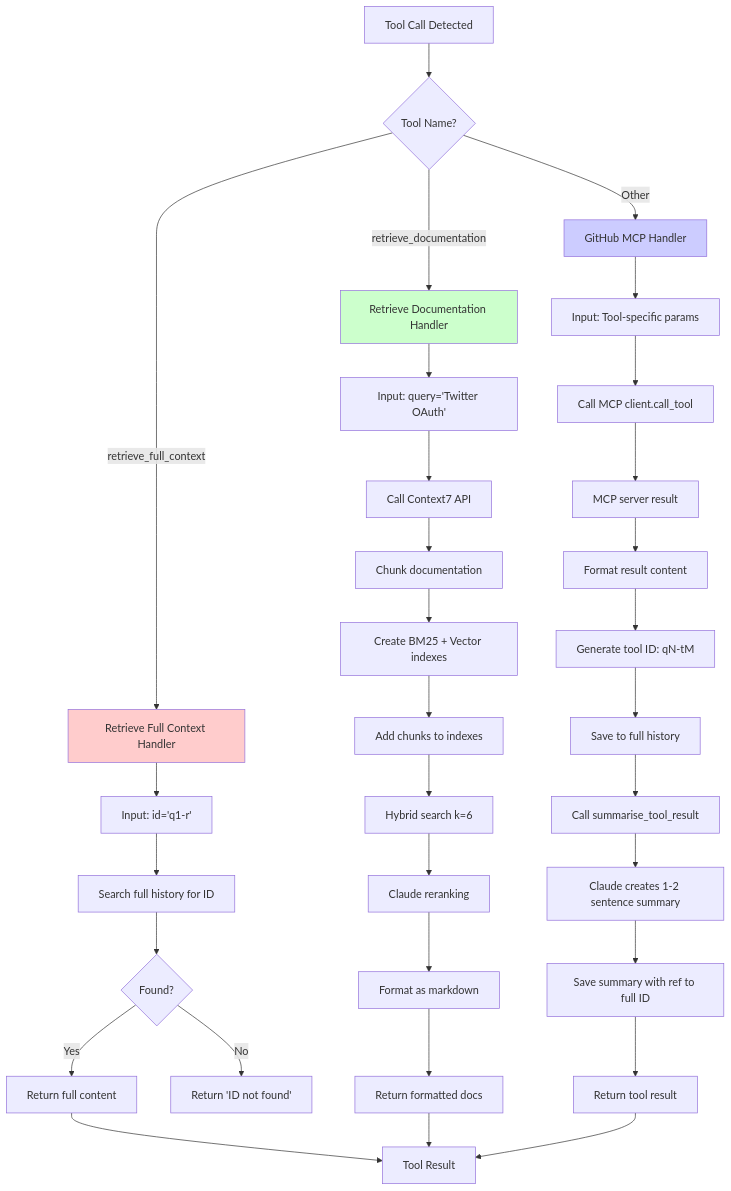
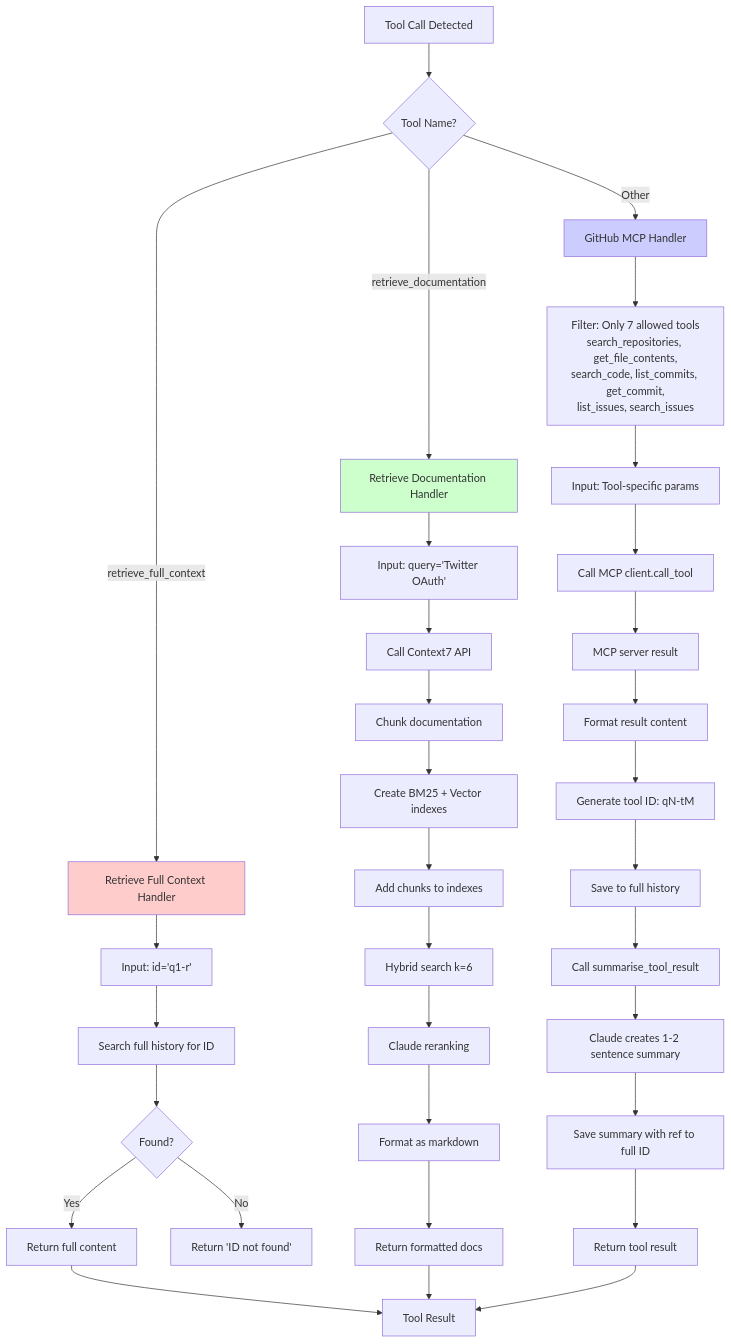
The sixth of 7 diagrams in TOOL_ORCHESTRATION_FLOW.md (Suraj198-creator/Kler), drawn with Mermaid before and after one commit. The commit also changed other lines of this file, not shown here.

````diff
--- a/TOOL_ORCHESTRATION_FLOW.md
+++ b/TOOL_ORCHESTRATION_FLOW.md
@@ -272,45 +276,46 @@
 ```mermaid
 graph TB
     ToolCall[Tool Call Detected]
 
     ToolCall --> CheckName{Tool Name?}
 
     CheckName -->|retrieve_full_context| RF[Retrieve Full Context Handler]
     CheckName -->|retrieve_documentation| RD[Retrieve Documentation Handler]
     CheckName -->|Other| GH[GitHub MCP Handler]
 
     RF --> Input1["Input: id='q1-r'"]
     Input1 --> Search1[Search full history for ID]
     Search1 --> Found1{Found?}
     Found1 -->|Yes| Return1[Return full content]
     Found1 -->|No| Error1[Return 'ID not found']
 
     RD --> Input2["Input: query='Twitter OAuth'"]
     Input2 --> Context7Call[Call Context7 API]
     Context7Call --> ChunkDoc[Chunk documentation]
     ChunkDoc --> CreateIndexes[Create BM25 + Vector indexes]
     CreateIndexes --> AddDocs[Add chunks to indexes]
     AddDocs --> HybridSearch[Hybrid search k=6]
     HybridSearch --> RerankerFn[Claude reranking]
     RerankerFn --> FormatDocs[Format as markdown]
     FormatDocs --> Return2[Return formatted docs]
 
-    GH --> Input3[Input: Tool-specific params]
+    GH --> Filter[Filter: Only 7 allowed tools<br/>search_repositories, get_file_contents,<br/>search_code, list_commits, get_commit,<br/>list_issues, search_issues]
+    Filter --> Input3[Input: Tool-specific params]
     Input3 --> MCPCall[Call MCP client.call_tool]
     MCPCall --> MCPResult[MCP server result]
     MCPResult --> FormatMCP[Format result content]
     FormatMCP --> GenerateID["Generate tool ID: qN-tM"]
     GenerateID --> SaveFull[Save to full history]
     SaveFull --> SummariseTool[Call summarise_tool_result]
     SummariseTool --> ClaudeSummarise[Claude creates 1-2 sentence summary]
     ClaudeSummarise --> SaveSummarised[Save summary with ref to full ID]
     SaveSummarised --> Return3[Return tool result]
 
     Return1 --> Done[Tool Result]
     Return2 --> Done
     Return3 --> Done
 
     style RF fill:#ffcccc
     style RD fill:#ccffcc
     style GH fill:#ccccff
 ```
````
